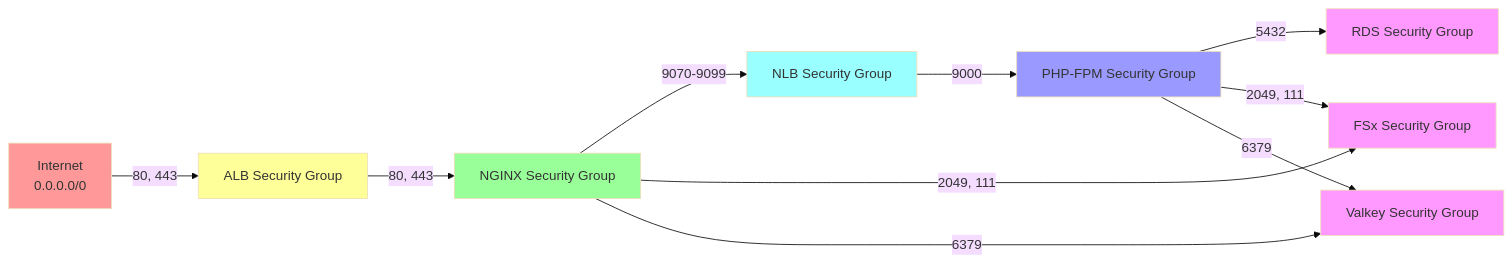
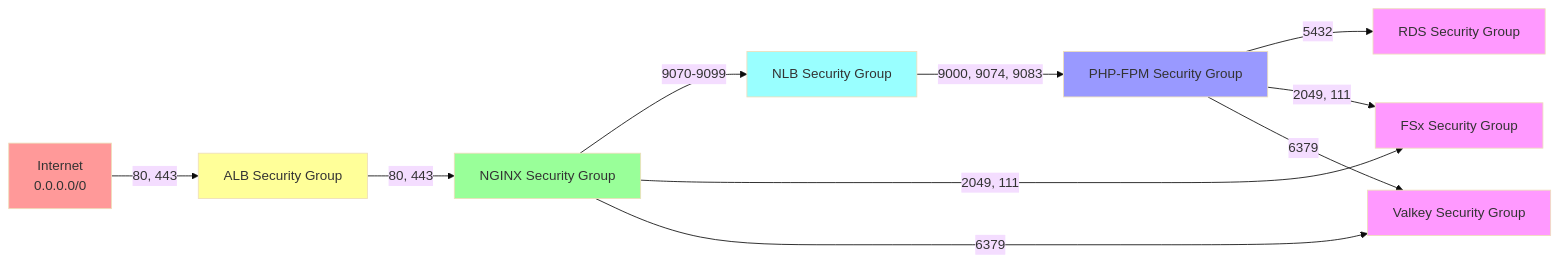
Before and after one commit to worx/cf-scalable-web: the second of 16 diagrams in docs/ARCHITECTURE.md, drawn with Mermaid (base theme). The commit also changed other lines of this file and 10 other files, not shown here.

````diff
--- a/docs/ARCHITECTURE.md
+++ b/docs/ARCHITECTURE.md
@@ -68,21 +68,21 @@
 ```mermaid
 graph LR
     Internet[Internet<br/>0.0.0.0/0] -->|80, 443| ALB[ALB Security Group]
     ALB -->|80, 443| NGINX[NGINX Security Group]
     NGINX -->|9070-9099| NLB[NLB Security Group]
-    NLB -->|9000| PHP[PHP-FPM Security Group]
+    NLB -->|9000, 9074, 9083| PHP[PHP-FPM Security Group]
     PHP -->|5432| RDS[RDS Security Group]
     NGINX -->|2049, 111| FSx[FSx Security Group]
     PHP -->|2049, 111| FSx
     NGINX -->|6379| Valkey[Valkey Security Group]
     PHP -->|6379| Valkey
 
     style Internet fill:#f99
     style ALB fill:#ff9
     style NGINX fill:#9f9
     style NLB fill:#9ff
     style PHP fill:#99f
     style RDS fill:#f9f
     style FSx fill:#f9f
     style Valkey fill:#f9f
 ```
````
